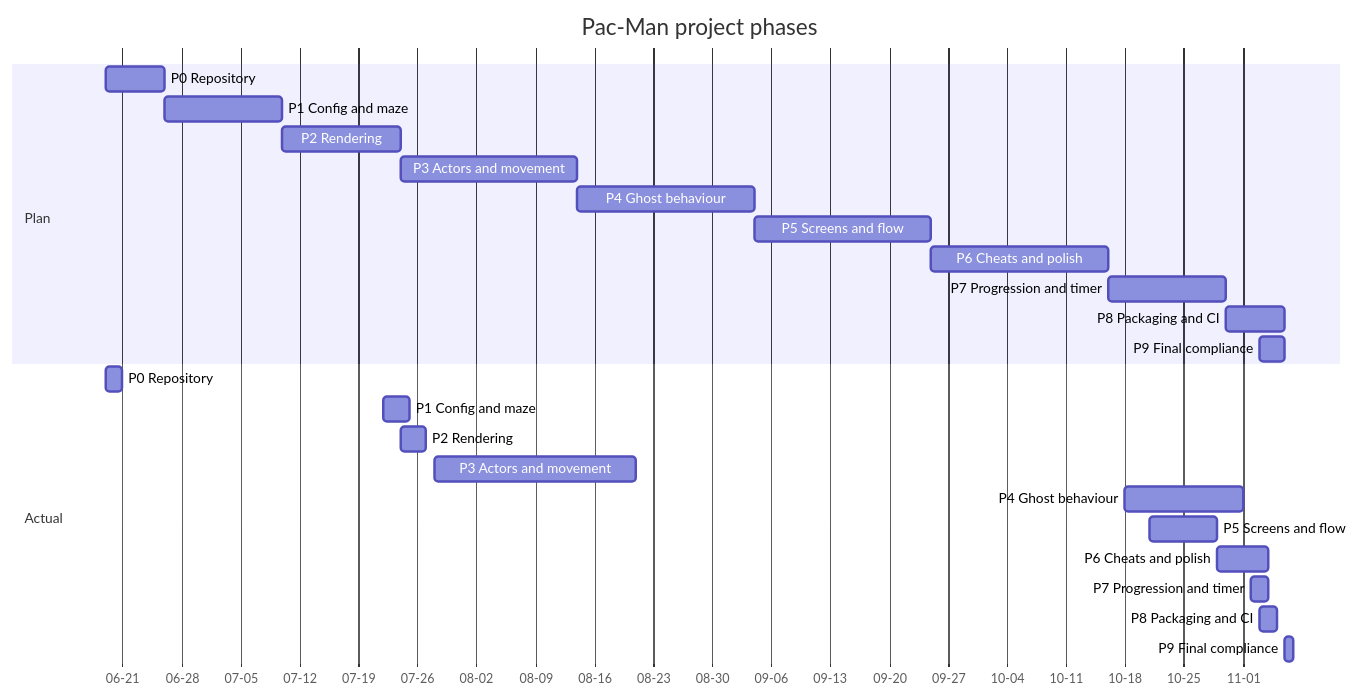
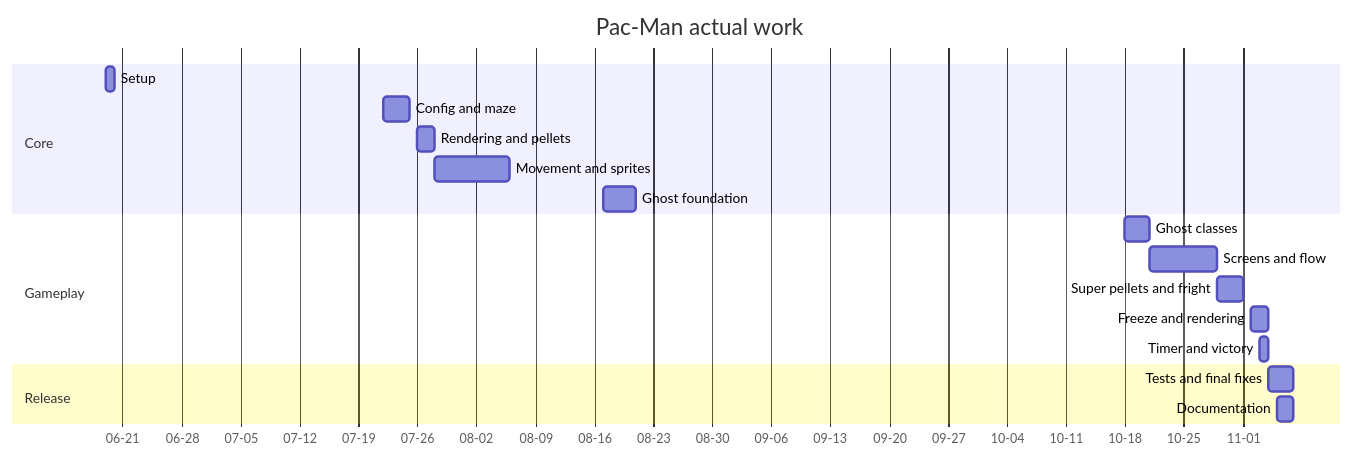
One commit to ShadowThijs/42-pacman changed the diagram in project_management/timeline.md. Above: the diagram before and after it, drawn with Mermaid. The commit also changed other lines of this file and 8 other files, not shown here.

````diff
--- a/project_management/timeline.md
+++ b/project_management/timeline.md
@@ -26,28 +29,21 @@
 ```mermaid
 gantt
-    title Pac-Man project phases
+    title Pac-Man actual work
     dateFormat  YYYY-MM-DD
     axisFormat  %m-%d
-    section Plan
-    P0 Repository            :p0, 2026-06-19, 7d
-    P1 Config and maze       :p1, 2026-06-26, 14d
-    P2 Rendering             :p2, 2026-07-10, 14d
-    P3 Actors and movement   :p3, 2026-07-24, 21d
-    P4 Ghost behaviour       :p4, 2026-08-14, 21d
-    P5 Screens and flow      :p5, 2026-09-04, 21d
-    P6 Cheats and polish     :p6, 2026-09-25, 21d
-    P7 Progression and timer :p7, 2026-10-16, 14d
-    P8 Packaging and CI      :p8, 2026-10-30, 7d
-    P9 Final compliance      :p9, 2026-11-03, 3d
-    section Actual
-    P0 Repository            :a0, 2026-06-19, 2d
-    P1 Config and maze       :a1, 2026-07-22, 3d
-    P2 Rendering             :a2, 2026-07-24, 3d
-    P3 Actors and movement   :a3, 2026-07-28, 24d
-    P4 Ghost behaviour       :a4, 2026-10-18, 14d
-    P5 Screens and flow      :a5, 2026-10-21, 8d
-    P6 Cheats and polish     :a6, 2026-10-29, 6d
-    P7 Progression and timer :a7, 2026-11-02, 2d
-    P8 Packaging and CI      :a8, 2026-11-03, 2d
-    P9 Final compliance      :a9, 2026-11-06, 1d
+    section Core
+    Setup                    :2026-06-19, 1d
+    Config and maze          :2026-07-22, 3d
+    Rendering and pellets    :2026-07-26, 2d
+    Movement and sprites     :2026-07-28, 9d
+    Ghost foundation         :2026-08-17, 4d
+    section Gameplay
+    Ghost classes            :2026-10-18, 3d
+    Screens and flow         :2026-10-21, 8d
+    Super pellets and fright :2026-10-29, 3d
+    Freeze and rendering     :2026-11-02, 2d
+    Timer and victory        :2026-11-03, 1d
+    section Release
+    Tests and final fixes    :2026-11-04, 3d
+    Documentation            :2026-11-05, 2d
 ```
````
